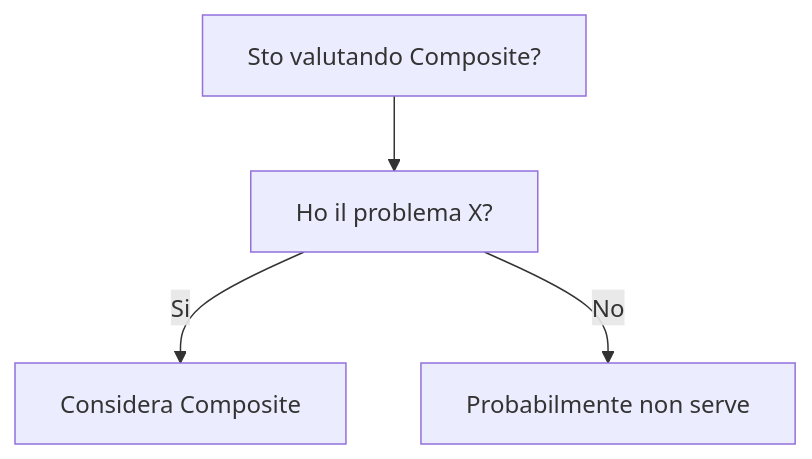
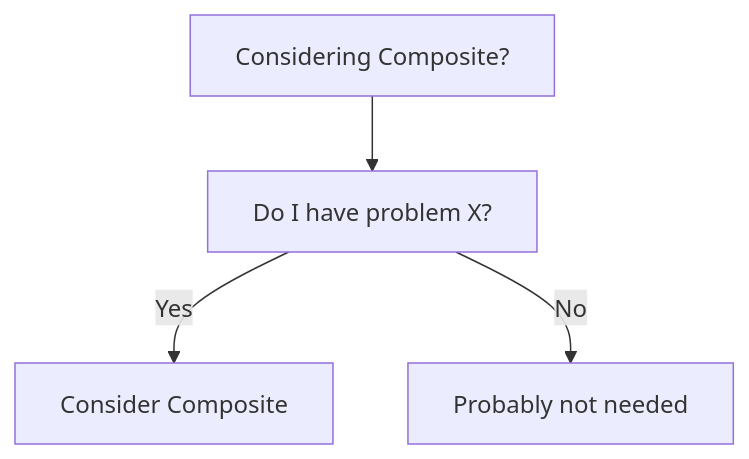
One commit to HxT9/Software-Dev-Wiki changed the diagram in dev-wiki/03_Design_Patterns/Structural/Composite/When_To_Use.md. Above: the diagram before and after it, drawn with Mermaid. The commit also changed other lines of this file and 3444 other files, not shown here.

````diff
--- a/dev-wiki/03_Design_Patterns/Structural/Composite/When_To_Use.md
+++ b/dev-wiki/03_Design_Patterns/Structural/Composite/When_To_Use.md
@@ -19,6 +19,6 @@
 ```mermaid
 flowchart TD
-  Q[Sto valutando Composite?] --> Q1[Ho il problema X?]
-  Q1 -->|Si| OK[Considera Composite]
-  Q1 -->|No| NO[Probabilmente non serve]
+  Q[Considering Composite?] --> Q1[Do I have problem X?]
+  Q1 -->|Yes| OK[Consider Composite]
+  Q1 -->|No| NO[Probably not needed]
 ```
````
